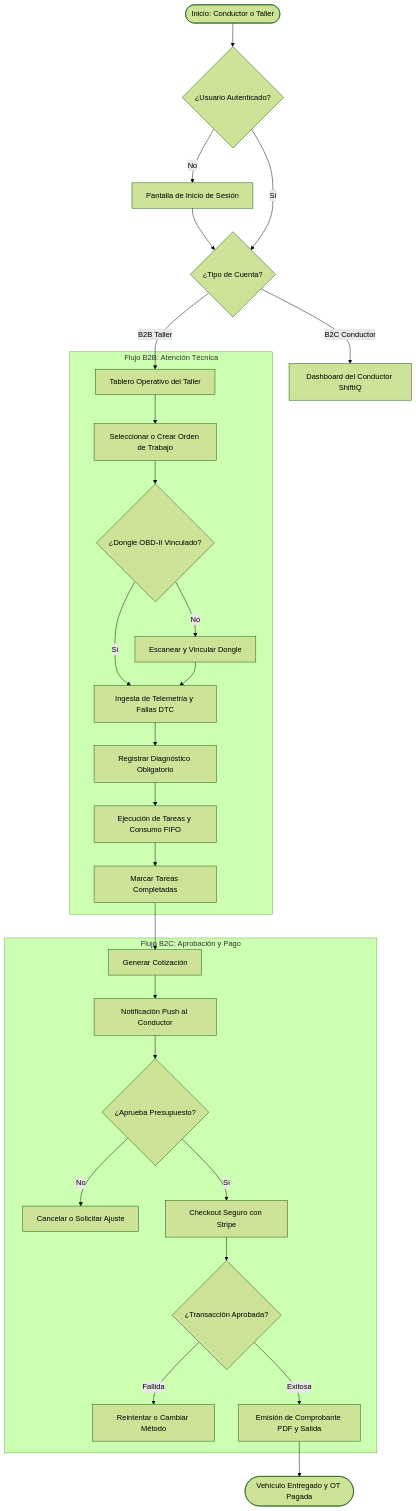
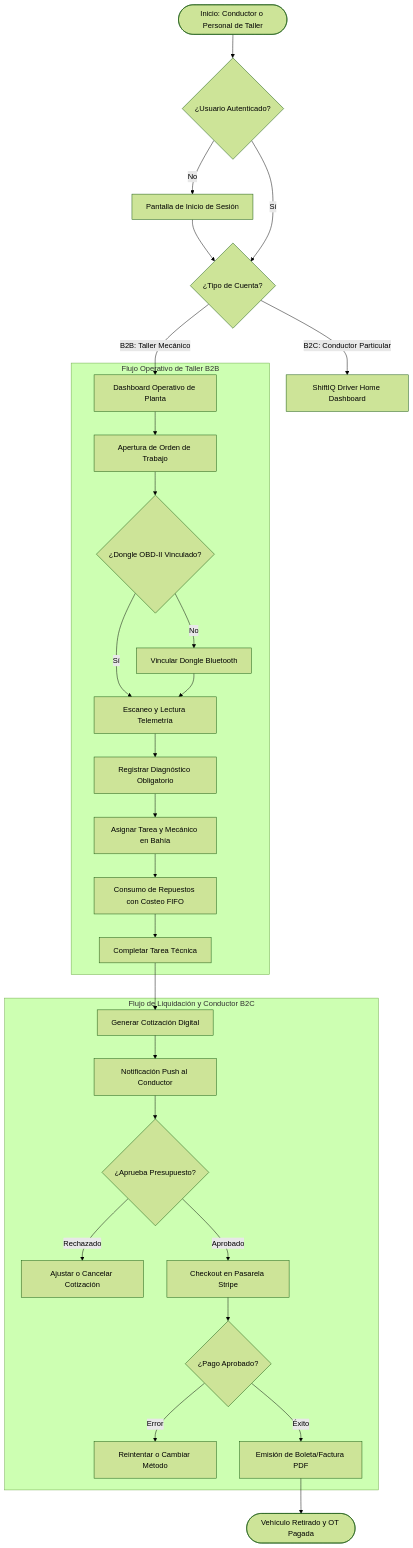
Before and after one commit to tux-logic/upc-pre-202620-1acc0238-13981-TuxLogic-report: the diagram in markdown/chapter-3-solution-ui-ux-design/3.1.-product-design/3.1.4.-mobile-applications-ux-ui-design.md, drawn with Mermaid (forest theme). The commit also changed other lines of this file and 407 other files, not shown here.

````diff
--- a/markdown/chapter-3-solution-ui-ux-design/3.1.-product-design/3.1.4.-mobile-applications-ux-ui-design.md
+++ b/markdown/chapter-3-solution-ui-ux-design/3.1.-product-design/3.1.4.-mobile-applications-ux-ui-design.md
@@ -942,34 +838,35 @@
 ```mermaid
 flowchart TD
-    Start([Inicio: Conductor o Taller]) --> AuthCheck{¿Usuario Autenticado?}
-    AuthCheck -- No --> Login[Pantalla de Inicio de Sesión]
-    Login --> RoleChoice{¿Tipo de Cuenta?}
-    RoleChoice -- B2B Taller --> B2BDash[Tablero Operativo del Taller]
-    RoleChoice -- B2C Conductor --> B2CDash[Dashboard del Conductor ShiftIQ]
+    Start([Inicio: Conductor o Personal de Taller]) --> AuthChoice{¿Usuario Autenticado?}
+    AuthChoice -- No --> LoginView[Pantalla de Inicio de Sesión]
+    LoginView --> RoleCheck{¿Tipo de Cuenta?}
+    AuthChoice -- Sí --> RoleCheck
     
-    AuthCheck -- Sí --> RoleChoice
+    RoleCheck -- B2B: Taller Mecánico --> DashB2B[Dashboard Operativo de Planta]
+    RoleCheck -- B2C: Conductor Particular --> DashB2C[ShiftIQ Driver Home Dashboard]
     
-    subgraph Flujo B2B: Atención Técnica
-        B2BDash --> SelectOT[Seleccionar o Crear Orden de Trabajo]
-        SelectOT --> OBDCheck{¿Dongle OBD-II Vinculado?}
-        OBDCheck -- No --> ScanDongle[Escanear y Vincular Dongle]
-        OBDCheck -- Sí --> ReadTelemetria[Ingesta de Telemetría y Fallas DTC]
-        ScanDongle --> ReadTelemetria
-        ReadTelemetria --> DiagTech[Registrar Diagnóstico Obligatorio]
-        DiagTech --> WorkExecution[Ejecución de Tareas y Consumo FIFO]
-        WorkExecution --> CloseWork[Marcar Tareas Completadas]
+    subgraph Flujo Operativo de Taller B2B
+        DashB2B --> NewOT[Apertura de Orden de Trabajo]
+        NewOT --> LinkDongle{¿Dongle OBD-II Vinculado?}
+        LinkDongle -- No --> ScanBLE[Vincular Dongle Bluetooth]
+        LinkDongle -- Sí --> RunDiag[Escaneo y Lectura Telemetría]
+        ScanBLE --> RunDiag
+        RunDiag --> FillDiag[Registrar Diagnóstico Obligatorio]
+        FillDiag --> AssignTech[Asignar Tarea y Mecánico en Bahía]
+        AssignTech --> ConsumeParts[Consumo de Repuestos con Costeo FIFO]
+        ConsumeParts --> CompleteJob[Completar Tarea Técnica]
     end
     
-    subgraph Flujo B2C: Aprobación y Pago
-        CloseWork --> GenQuote[Generar Cotización]
-        GenQuote --> DriverNotify[Notificación Push al Conductor]
-        DriverNotify --> DriverReview{¿Aprueba Presupuesto?}
-        DriverReview -- No --> CancelQuote[Cancelar o Solicitar Ajuste]
-        DriverReview -- Sí --> StripePay[Checkout Seguro con Stripe]
-        StripePay --> PayStatus{¿Transacción Aprobada?}
-        PayStatus -- Fallida --> RetryPay[Reintentar o Cambiar Método]
-        PayStatus -- Exitosa --> GetInvoice[Emisión de Comprobante PDF y Salida]
+    subgraph Flujo de Liquidación y Conductor B2C
+        CompleteJob --> GenQuote[Generar Cotización Digital]
+        GenQuote --> PushClient[Notificación Push al Conductor]
+        PushClient --> ClientDecision{¿Aprueba Presupuesto?}
+        ClientDecision -- Rechazado --> AdjustQuote[Ajustar o Cancelar Cotización]
+        ClientDecision -- Aprobado --> CheckoutView[Checkout en Pasarela Stripe]
+        CheckoutView --> PayResult{¿Pago Aprobado?}
+        PayResult -- Error --> RetryPayment[Reintentar o Cambiar Método]
+        PayResult -- Éxito --> GenInvoice[Emisión de Boleta/Factura PDF]
     end
     
-    GetInvoice --> EndSuccess([Vehículo Entregado y OT Pagada])
+    GenInvoice --> Finish([Vehículo Retirado y OT Pagada])
 ```
````
